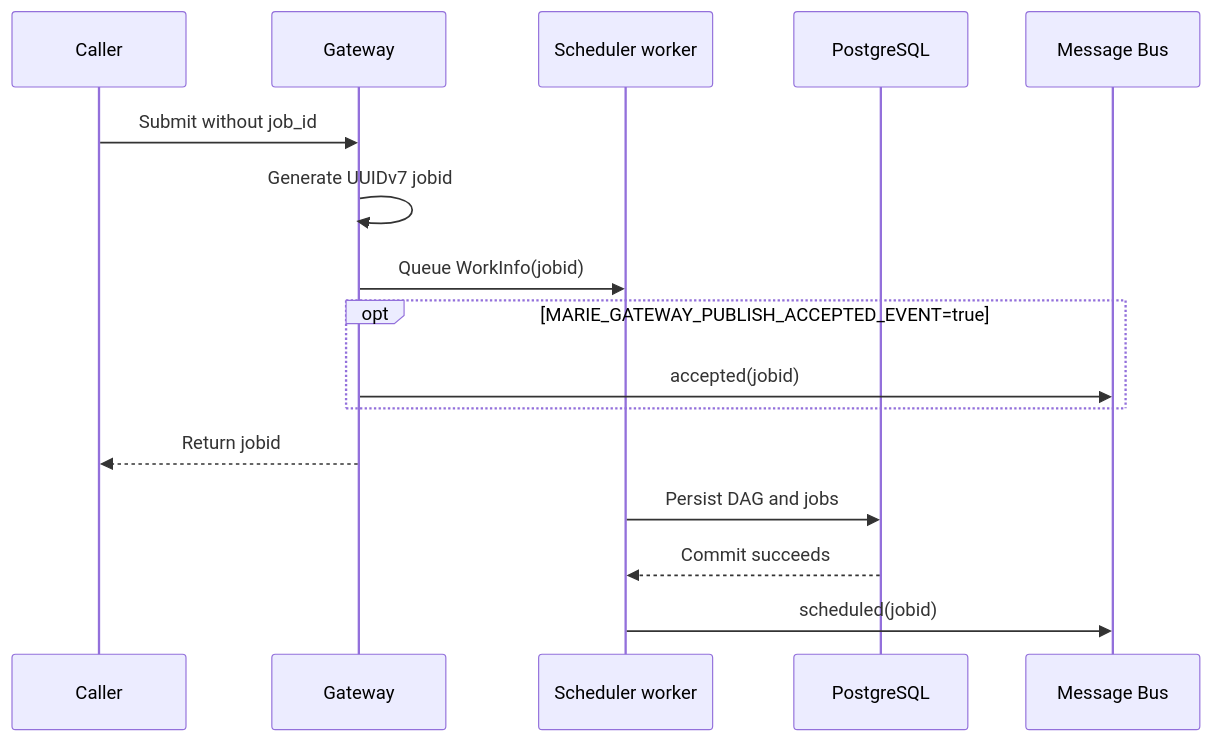
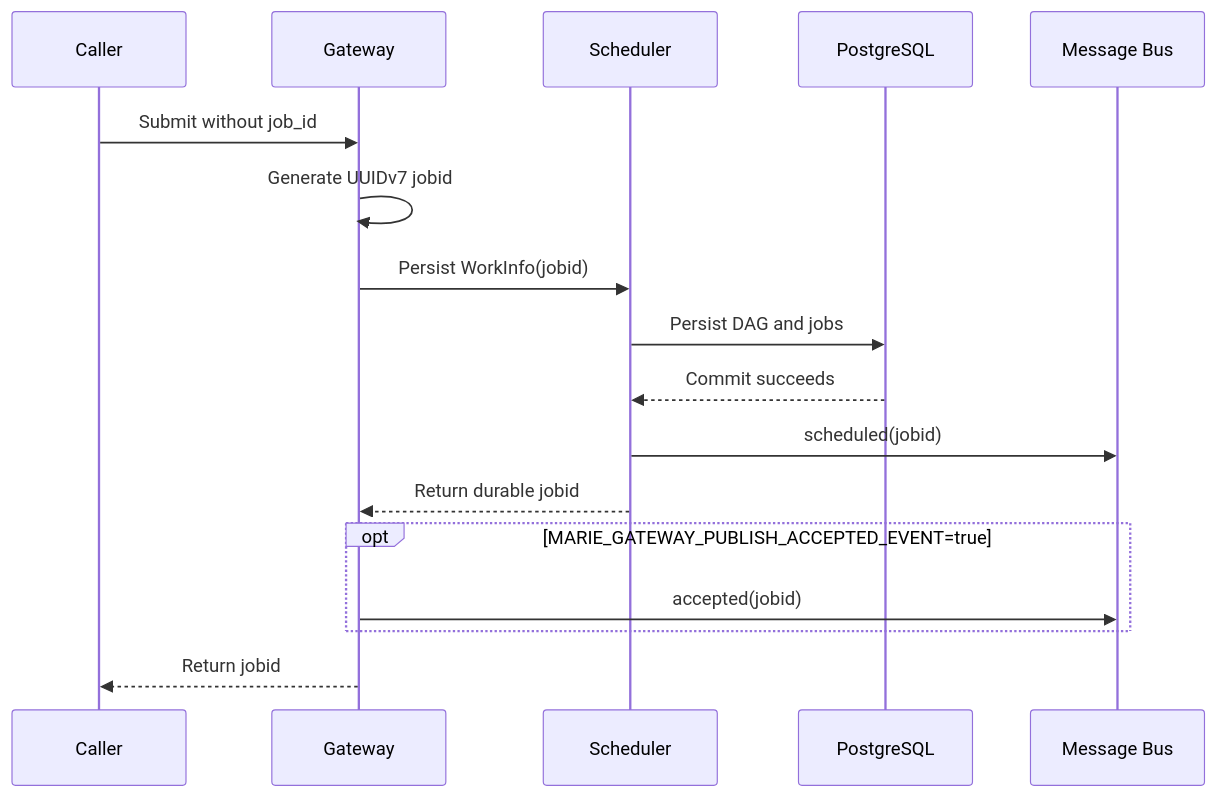
One commit to marieai/marie-ai changed the first of 5 diagrams in tools/stress/scheduler-correctness-and-gateway-runbook.md. Above: the diagram before and after it, drawn with Mermaid. The commit also changed other lines of this file and 25 other files, not shown here.

First line of the commit message:
fix(scheduler): persist submissions before acknowledgement

````diff
--- a/tools/stress/scheduler-correctness-and-gateway-runbook.md
+++ b/tools/stress/scheduler-correctness-and-gateway-runbook.md
@@ -82,19 +82,20 @@
 ```mermaid
 sequenceDiagram
     participant C as Caller
     participant G as Gateway
-    participant S as Scheduler worker
+    participant S as Scheduler
     participant DB as PostgreSQL
     participant MB as Message Bus
 
     C->>G: Submit without job_id
     G->>G: Generate UUIDv7 jobid
-    G->>S: Queue WorkInfo(jobid)
+    G->>S: Persist WorkInfo(jobid)
+    S->>DB: Persist DAG and jobs
+    DB-->>S: Commit succeeds
+    S->>MB: scheduled(jobid)
+    S-->>G: Return durable jobid
     opt MARIE_GATEWAY_PUBLISH_ACCEPTED_EVENT=true
         G->>MB: accepted(jobid)
     end
     G-->>C: Return jobid
-    S->>DB: Persist DAG and jobs
-    DB-->>S: Commit succeeds
-    S->>MB: scheduled(jobid)
 ```
````
